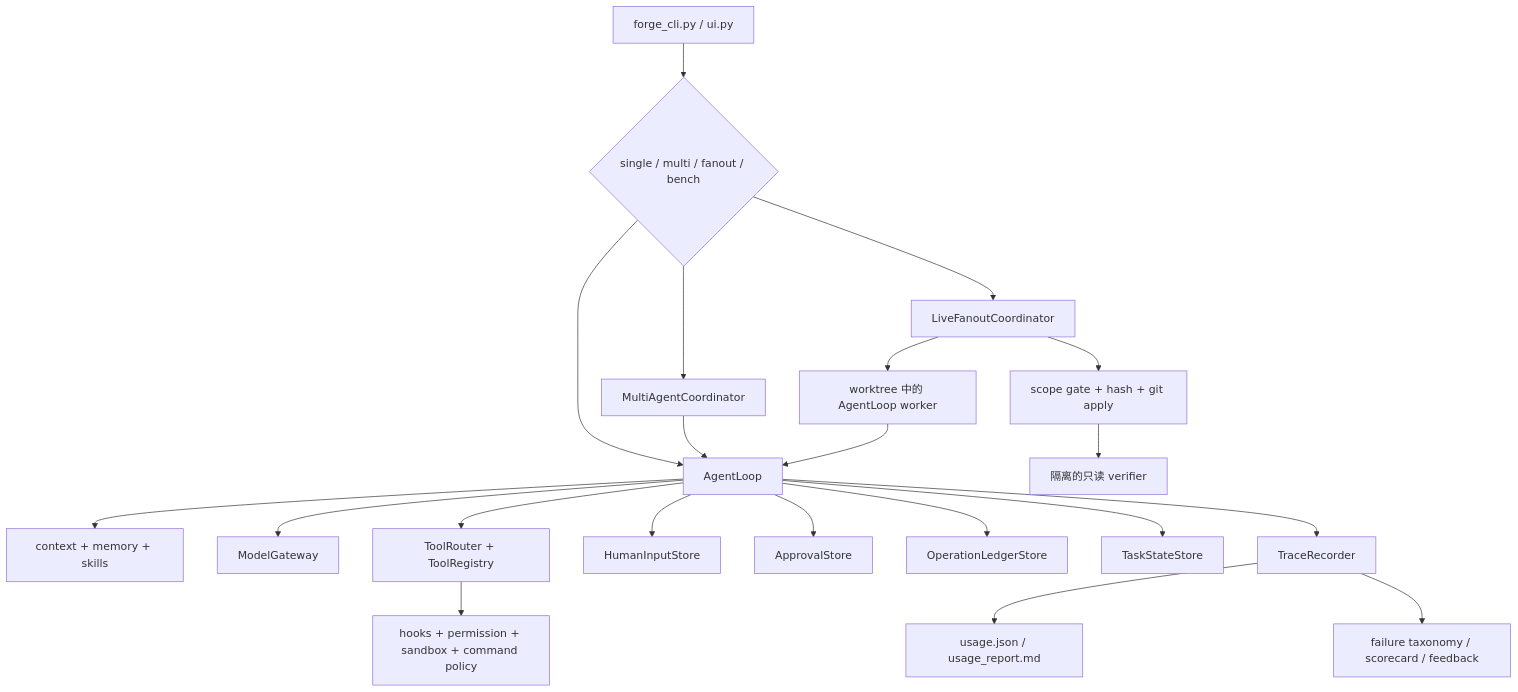
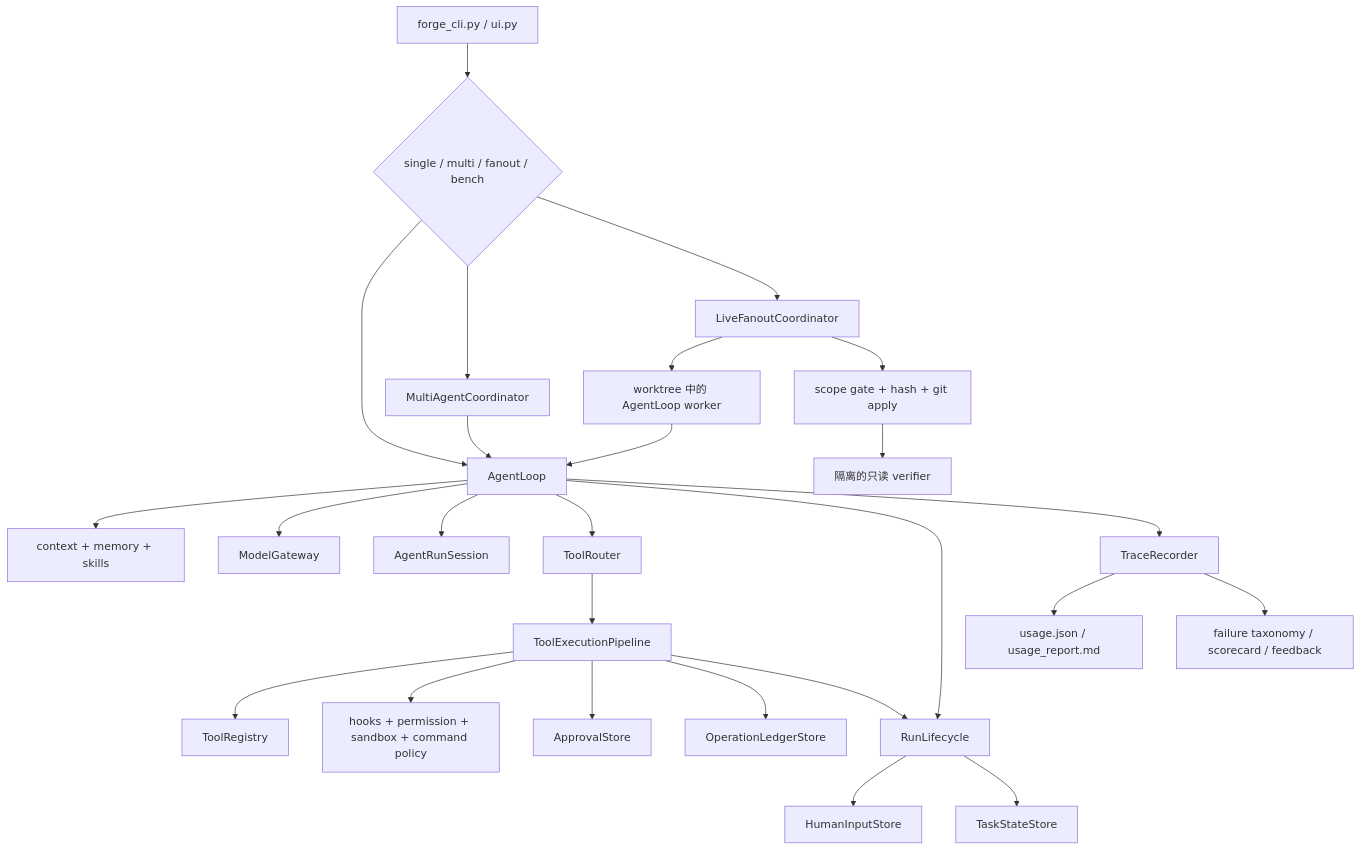
One commit to semi-hollow/NanoHarness changed the diagram in docs/guides/runtime-learning-path.md. Above: the diagram before and after it, drawn with Mermaid. The commit also changed other lines of this file and 24 other files, not shown here.

````diff
--- a/docs/guides/runtime-learning-path.md
+++ b/docs/guides/runtime-learning-path.md
@@ -29,23 +29,28 @@
 ```mermaid
 flowchart TD
     Entry["forge_cli.py / ui.py"] --> Mode{"single / multi / fanout / bench"}
     Mode --> Loop["AgentLoop"]
     Mode --> Roles["MultiAgentCoordinator"]
     Mode --> Fanout["LiveFanoutCoordinator"]
     Roles --> Loop
     Fanout --> Workers["worktree 中的 AgentLoop worker"]
     Workers --> Loop
     Loop --> Context["context + memory + skills"]
     Loop --> Model["ModelGateway"]
-    Loop --> Router["ToolRouter + ToolRegistry"]
-    Router --> Safety["hooks + permission + sandbox + command policy"]
-    Loop --> Human["HumanInputStore"]
-    Loop --> Approval["ApprovalStore"]
-    Loop --> Ledger["OperationLedgerStore"]
-    Loop --> State["TaskStateStore"]
+    Loop --> Session["AgentRunSession"]
+    Loop --> Router["ToolRouter"]
+    Router --> Pipeline["ToolExecutionPipeline"]
+    Pipeline --> Registry["ToolRegistry"]
+    Pipeline --> Safety["hooks + permission + sandbox + command policy"]
+    Pipeline --> Approval["ApprovalStore"]
+    Pipeline --> Ledger["OperationLedgerStore"]
+    Loop --> Lifecycle["RunLifecycle"]
+    Pipeline --> Lifecycle
+    Lifecycle --> Human["HumanInputStore"]
+    Lifecycle --> State["TaskStateStore"]
     Loop --> Trace["TraceRecorder"]
     Fanout --> Merge["scope gate + hash + git apply"]
     Merge --> Finalizer["隔离的只读 verifier"]
     Trace --> Usage["usage.json / usage_report.md"]
     Trace --> Eval["failure taxonomy / scorecard / feedback"]
 ```
````
